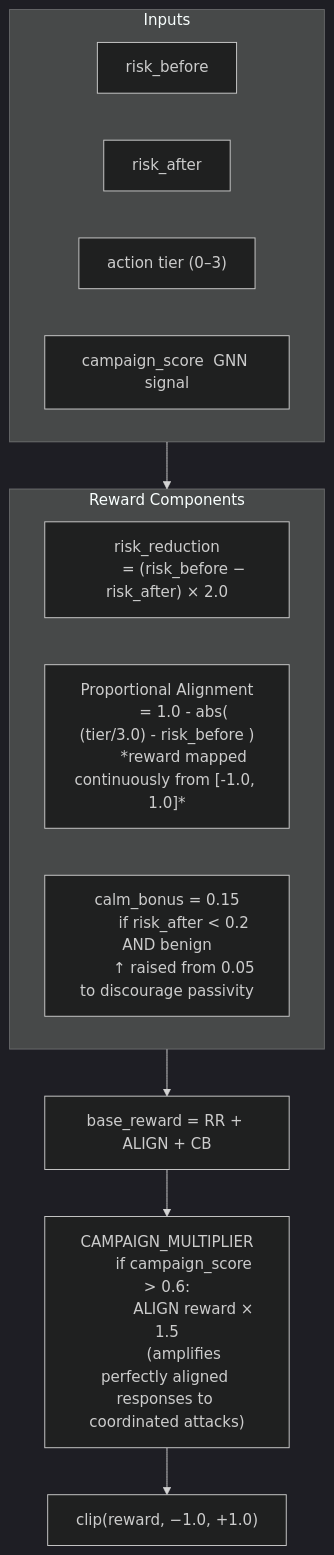
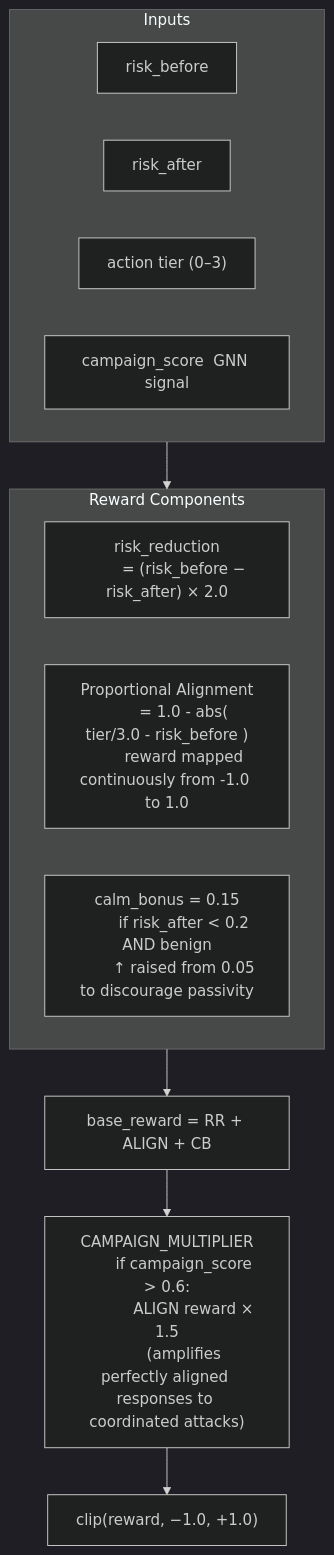
One commit to didi-09/AI_DRIVEN_SOAR changed the ninth of 15 diagrams in README.md. Above: the diagram before and after it, drawn with Mermaid (dark theme). The commit also changed other lines of this file, not shown here.

````diff
--- a/README.md
+++ b/README.md
@@ -490,31 +490,31 @@
 ```mermaid
 flowchart TD
     subgraph IN["Inputs"]
         RB["risk_before"]
         RA["risk_after"]
         ACT["action tier (0–3)"]
         CS["campaign_score  GNN signal"]
     end
 
     subgraph COMP["Reward Components"]
         RR["risk_reduction
         = (risk_before − risk_after) × 2.0"]
         ALIGN["Proportional Alignment
-        = 1.0 - abs( (tier/3.0) - risk_before )
-        *reward mapped continuously from [-1.0, 1.0]*"]
+        = 1.0 - abs( tier/3.0 - risk_before )
+        reward mapped continuously from -1.0 to 1.0"]
         CB["calm_bonus = 0.15
         if risk_after < 0.2 AND benign
         ↑ raised from 0.05 to discourage passivity"]
     end
 
     IN --> COMP
 
     COMP --> BASE["base_reward = RR + ALIGN + CB"]
 
     BASE --> CAMP["CAMPAIGN_MULTIPLIER
         if campaign_score > 0.6:
             ALIGN reward × 1.5
         (amplifies perfectly aligned responses to coordinated attacks)"]
 
     CAMP --> CLIP["clip(reward, −1.0, +1.0)"]
 ```
````
